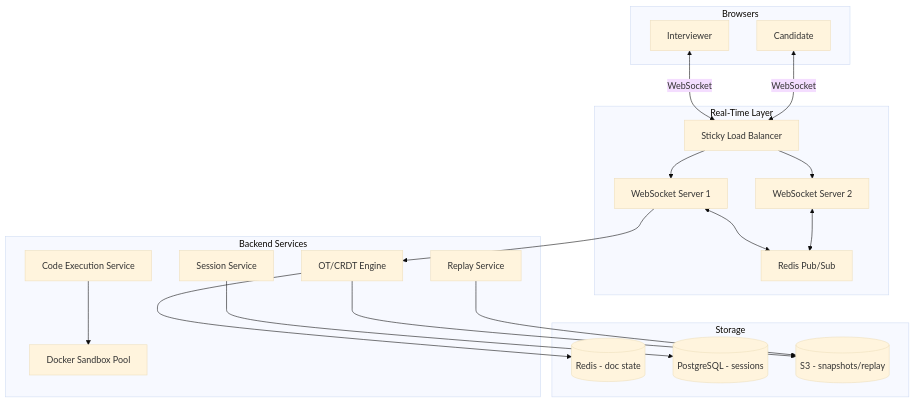
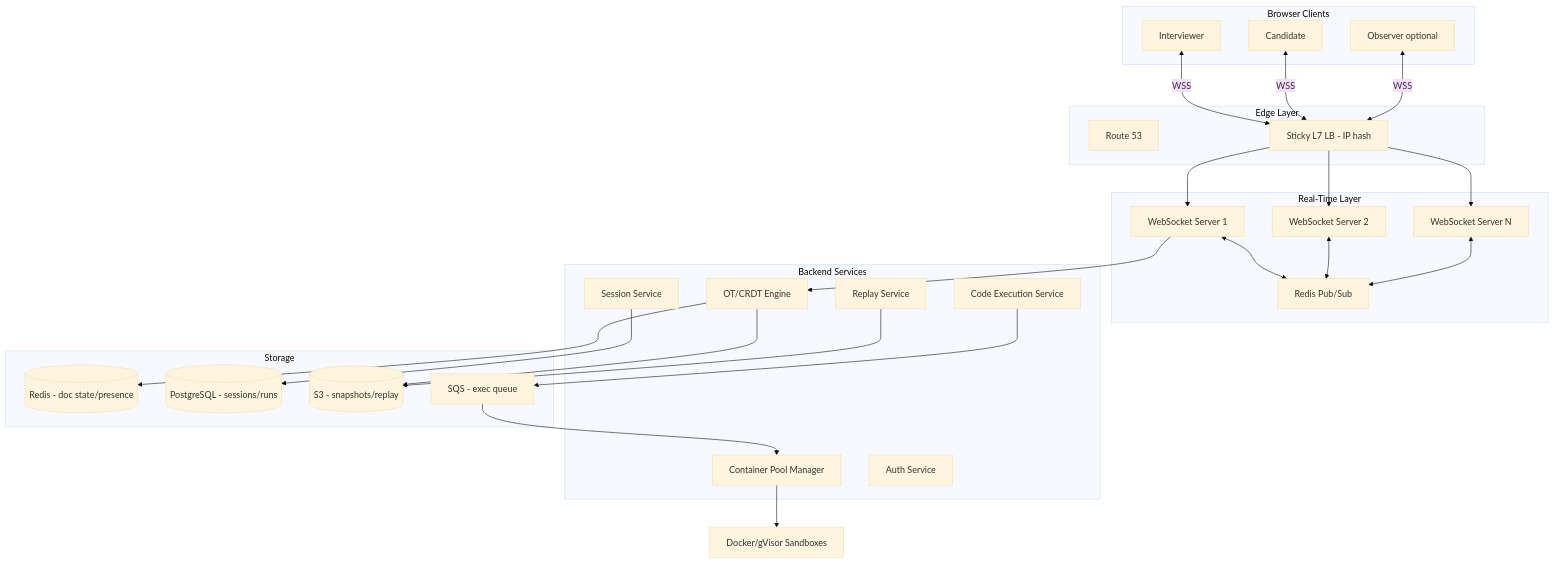
Before and after one commit to amarkum/python-datastructures: the first of 9 diagrams in system-design/realtime-coding/README.md, drawn with Mermaid (base theme). The commit also changed other lines of this file and 6 other files, not shown here.

First line of the commit message:
Expand system design guides with detailed diagrams, schemas, and indexing.

````diff
--- a/system-design/realtime-coding/README.md
+++ b/system-design/realtime-coding/README.md
@@ -40,41 +22,49 @@
 ```mermaid
 flowchart TB
-    subgraph clients [Browsers]
+    subgraph clients [Browser Clients]
         Interviewer[Interviewer]
         Candidate[Candidate]
+        Observer[Observer optional]
+    end
+
+    subgraph edge [Edge Layer]
+        DNS[Route 53]
+        LB[Sticky L7 LB - IP hash]
     end
 
     subgraph realtime [Real-Time Layer]
-        LB[Sticky Load Balancer]
         WS1[WebSocket Server 1]
         WS2[WebSocket Server 2]
+        WSN[WebSocket Server N]
         PubSub[Redis Pub/Sub]
     end
 
-    subgraph services [Backend Services]
+    subgraph backend [Backend Services]
         Session[Session Service]
-        Sync[OT/CRDT Engine]
+        OT[OT/CRDT Engine]
         Exec[Code Execution Service]
-        Sandbox[Docker Sandbox Pool]
+        Pool[Container Pool Manager]
         Replay[Replay Service]
+        Auth[Auth Service]
     end
 
     subgraph storage [Storage]
-        Redis[(Redis - doc state)]
-        PG[(PostgreSQL - sessions)]
+        Redis[(Redis - doc state/presence)]
+        PG[(PostgreSQL - sessions/runs)]
         S3[(S3 - snapshots/replay)]
+        Queue[SQS - exec queue]
     end
 
-    Interviewer <-->|WebSocket| LB
-    Candidate <-->|WebSocket| LB
-    LB --> WS1
-    LB --> WS2
+    Interviewer <-->|WSS| LB --> WS1
+    Candidate <-->|WSS| LB --> WS2
+    Observer <-->|WSS| LB --> WSN
     WS1 <--> PubSub
     WS2 <--> PubSub
-    WS1 --> Sync
-    Sync --> Redis
+    WSN <--> PubSub
+    WS1 --> OT --> Redis
     Session --> PG
-    Exec --> Sandbox
-    Sync --> S3
+    Exec --> Queue --> Pool
+    Pool --> Docker[Docker/gVisor Sandboxes]
+    OT --> S3
     Replay --> S3
 ```
````
